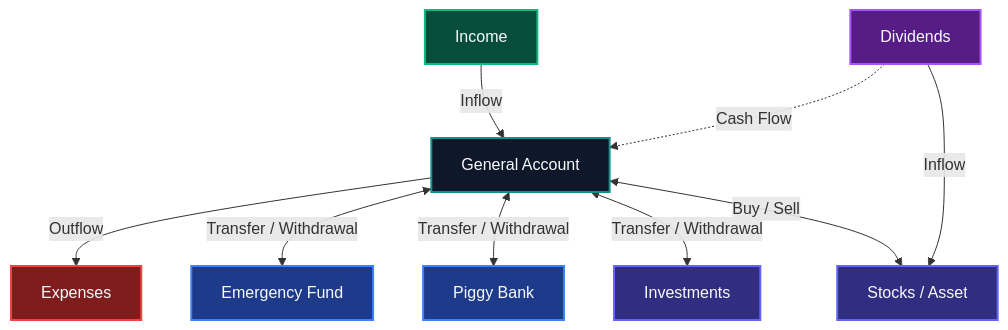
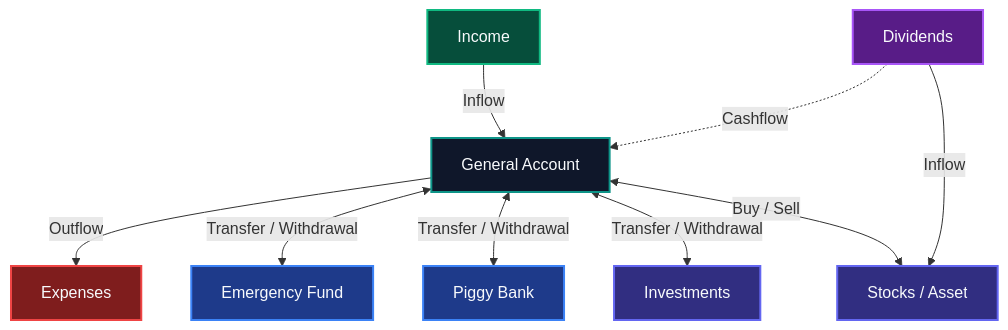
One commit to CompoundlySupport/MoneyVaults-Privacy changed the diagram in USER_GUIDE.md. Above: the diagram before and after it, drawn with Mermaid. The commit also changed other lines of this file, not shown here.

````diff
--- a/USER_GUIDE.md
+++ b/USER_GUIDE.md
@@ -90,31 +90,31 @@
 ```mermaid
 flowchart TD
     Income["Income"]
     Dividends["Dividends"]
     General["General Account"]
     Expenses["Expenses"]
     Emergency["Emergency Fund"]
     Piggy["Piggy Bank"]
     Investments["Investments"]
     Stocks["Stocks / Asset"]
 
     Income -->|Inflow| General
     General -->|Outflow| Expenses
 
     General <-->|Transfer / Withdrawal| Emergency
     General <-->|Transfer / Withdrawal| Piggy
     General <-->|Transfer / Withdrawal| Investments
     General <-->|Buy / Sell| Stocks
 
     Dividends -->|Inflow| Stocks
-    Dividends -.->|Cash Flow| General
+    Dividends -.->|Cashflow| General
 
     style General fill:#0f172a,stroke:#0d9488,stroke-width:2px,color:#f8fafc
     style Income fill:#064e3b,stroke:#10b981,stroke-width:2px,color:#f8fafc
     style Expenses fill:#7f1d1d,stroke:#ef4444,stroke-width:2px,color:#f8fafc
     style Emergency fill:#1e3a8a,stroke:#3b82f6,stroke-width:2px,color:#f8fafc
     style Piggy fill:#1e3a8a,stroke:#3b82f6,stroke-width:2px,color:#f8fafc
     style Investments fill:#312e81,stroke:#6366f1,stroke-width:2px,color:#f8fafc
     style Stocks fill:#312e81,stroke:#6366f1,stroke-width:2px,color:#f8fafc
     style Dividends fill:#581c87,stroke:#a855f7,stroke-width:2px,color:#f8fafc
 ```
````
